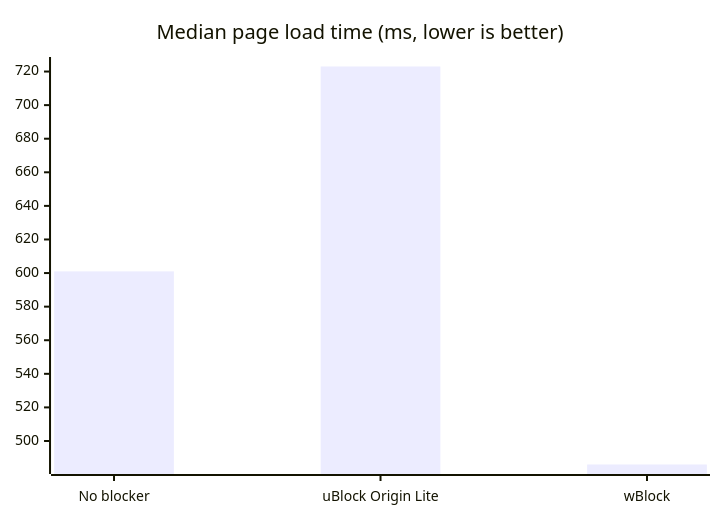
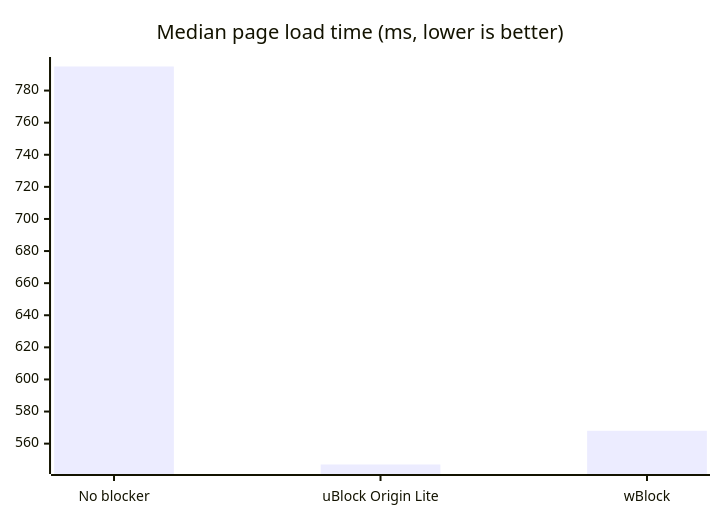
The second of 2 diagrams in README.md (btecu/safari-ad), drawn with Mermaid before and after one commit. The commit also changed other lines of this file and 17 other files, not shown here.

````diff
--- a/README.md
+++ b/README.md
@@ -41,6 +60,6 @@
 ```mermaid
 xychart-beta
   title "Median page load time (ms, lower is better)"
   x-axis ["No blocker", "uBlock Origin Lite", "wBlock"]
-  bar [601, 723, 486]
+  bar [795, 547, 568]
 ```
````
